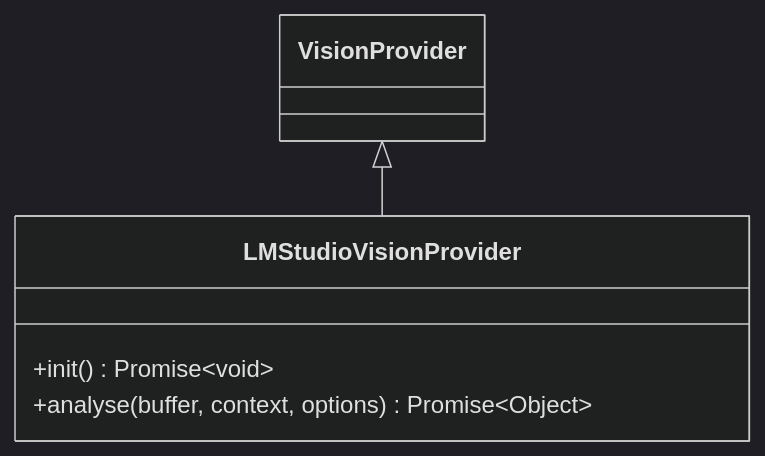
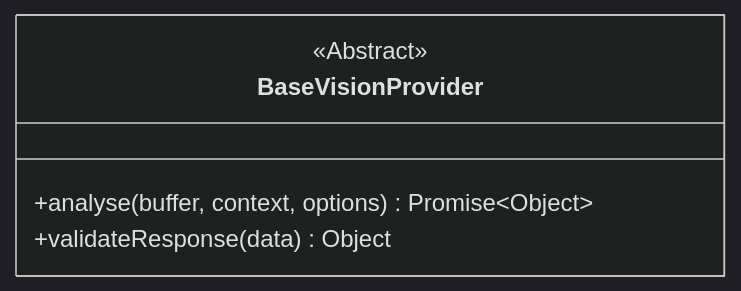
Diagram 11 of 36 in docs/SERVER_DOCS.md (DrMarcoGilardi/BRANI-360), drawn with Mermaid (dark theme) before and after one commit. The commit also changed other lines of this file and 2 other files, not shown here.

````diff
--- a/docs/SERVER_DOCS.md
+++ b/docs/SERVER_DOCS.md
@@ -209,8 +209,8 @@
 ```mermaid
 classDiagram
-VisionProvider <|-- LMStudioVisionProvider
-class LMStudioVisionProvider{
-+init() Promise~void~
+class BaseVisionProvider{
+<<Abstract>>
 +analyse(buffer, context, options) Promise~Object~
++validateResponse(data) Object
 }
 ```
````
